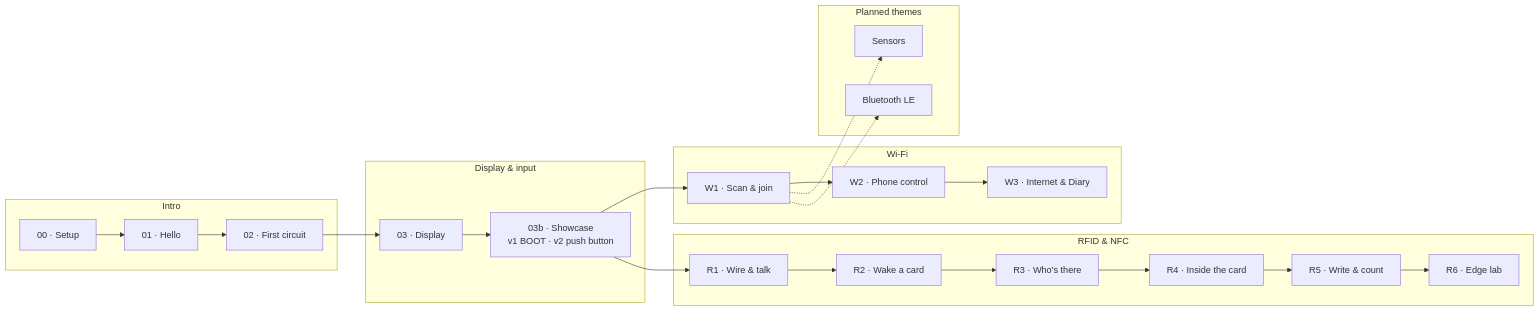
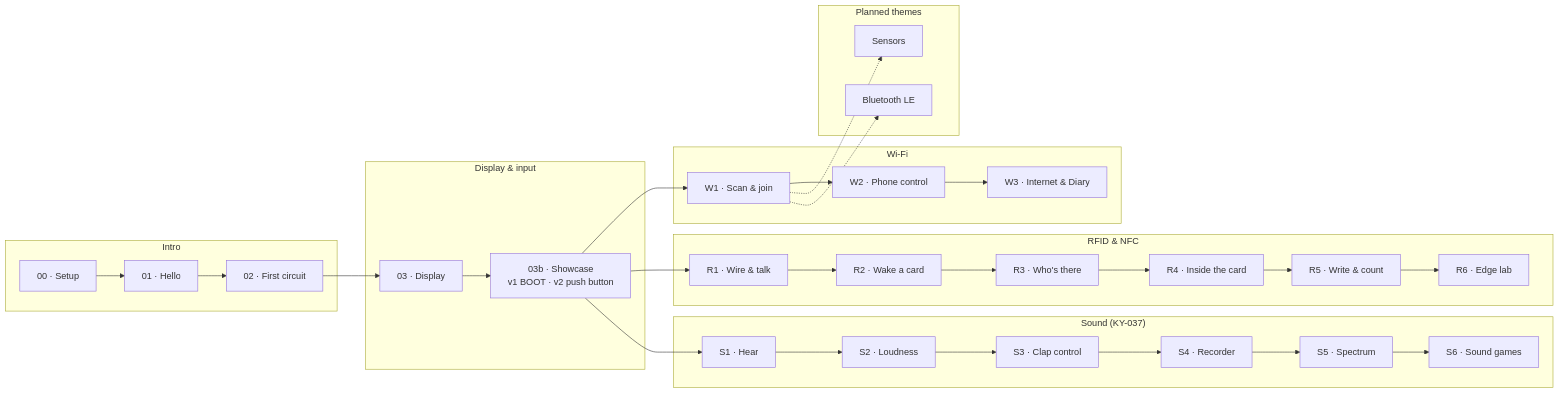
One commit to agharsallah/esp-labs changed the second of 10 diagrams in README.md. Above: the diagram before and after it, drawn with Mermaid. The commit also changed other lines of this file and 1 other file, not shown here.

Commit message:
docs(test-esp): log the BLE and sound work in the README and hardware log

````diff
--- a/README.md
+++ b/README.md
@@ -54,24 +55,28 @@
 ```mermaid
 flowchart LR
   subgraph Intro
     L0["00 · Setup"] --> L1["01 · Hello"] --> L2["02 · First circuit"]
   end
   subgraph Display["Display & input"]
     L3["03 · Display"] --> L3b["03b · Showcase<br/>v1 BOOT · v2 push button"]
   end
   subgraph WiFi["Wi-Fi"]
     W1["W1 · Scan & join"] --> W2["W2 · Phone control"] --> W3["W3 · Internet & Diary"]
   end
   subgraph RFID["RFID & NFC"]
     R1["R1 · Wire & talk"] --> R2["R2 · Wake a card"] --> R3["R3 · Who's there"] --> R4["R4 · Inside the card"] --> R5["R5 · Write & count"] --> R6["R6 · Edge lab"]
   end
+  subgraph Sound["Sound (KY-037)"]
+    S1["S1 · Hear"] --> S2["S2 · Loudness"] --> S3["S3 · Clap control"] --> S4["S4 · Recorder"] --> S5["S5 · Spectrum"] --> S6["S6 · Sound games"]
+  end
   subgraph Planned["Planned themes"]
     S["Sensors"]
     B["Bluetooth LE"]
   end
   L2 --> L3
   L3b --> W1
   W1 -.-> S
   W1 -.-> B
   L3b --> R1
+  L3b --> S1
 ```
````
